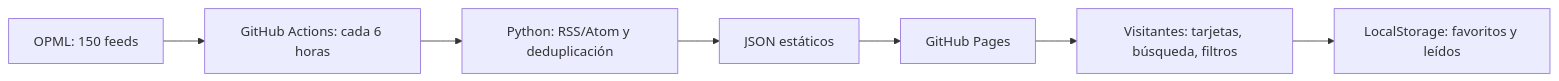
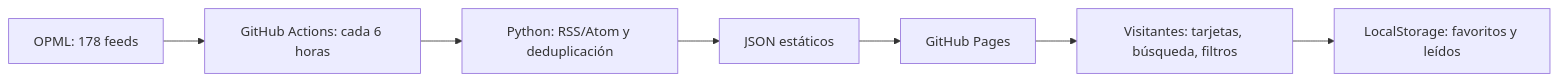
Before and after one commit to medinacaj/notisonda: the diagram in README.md, drawn with Mermaid. The commit also changed other lines of this file, not shown here.

Commit message:
docs: synchronize feed count and public RSS monitoring architecture (#60)

````diff
--- a/README.md
+++ b/README.md
@@ -9,9 +9,9 @@
 ```mermaid
 flowchart LR
-  A[OPML: 150 feeds] --> B[GitHub Actions: cada 6 horas]
+  A[OPML: 178 feeds] --> B[GitHub Actions: cada 6 horas]
   B --> C[Python: RSS/Atom y deduplicación]
   C --> D[JSON estáticos]
   D --> E[GitHub Pages]
   E --> F[Visitantes: tarjetas, búsqueda, filtros]
   F --> G[LocalStorage: favoritos y leídos]
 ```
````
